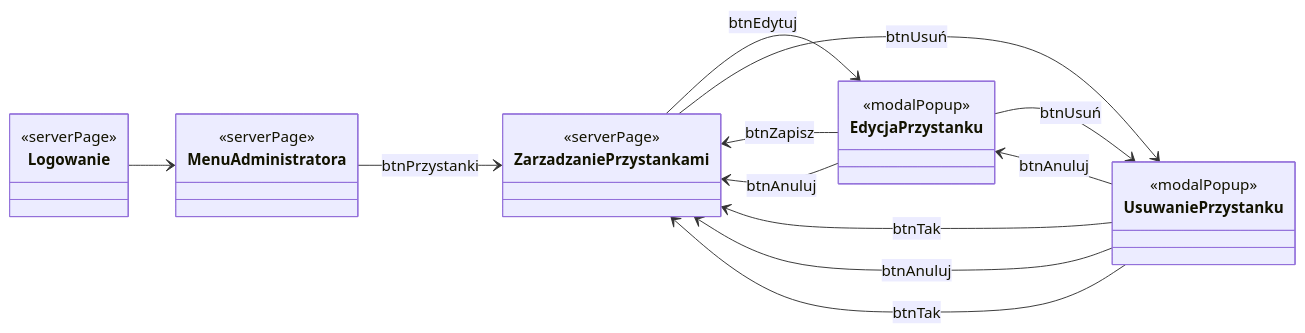
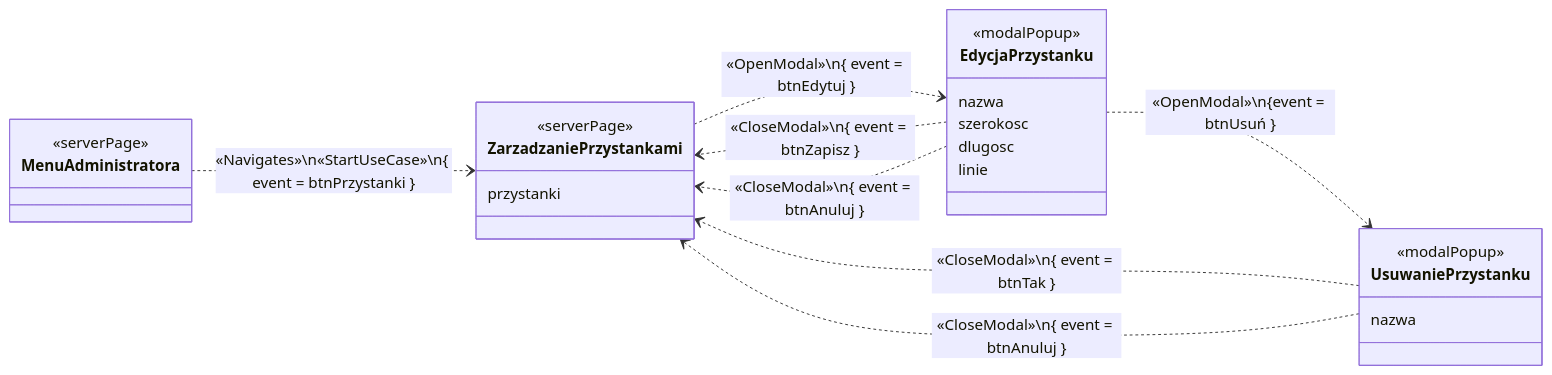
Before and after one commit to PWR-ACS-SE-24/SoftwareSystemDesign: diagram 14 of 15 in documentation/course/E1.md, drawn with Mermaid. The commit also changed other lines of this file, not shown here.

Commit message:
Update mermaid navigatonal maps

````diff
--- a/documentation/course/E1.md
+++ b/documentation/course/E1.md
@@ -1041,23 +1043,29 @@
 ```mermaid
 classDiagram
     direction LR
-    class Logowanie { <<serverPage>> }
-    class MenuAdministratora { <<serverPage>> }
-    class ZarzadzaniePrzystankami { <<serverPage>> }
-    class EdycjaPrzystanku { <<modalPopup>> }
-    class UsuwaniePrzystanku { <<modalPopup>> }
+    class MenuAdministratora {<<serverPage>> }
+    class ZarzadzaniePrzystankami {
+        <<serverPage>>
+        przystanki
+    }
+    class EdycjaPrzystanku {
+        <<modalPopup>>
+        nazwa
+        szerokosc
+        dlugosc
+        linie
+    }
+    class UsuwaniePrzystanku {
+        <<modalPopup>>
+        nazwa
+    }
 
-    Logowanie --> MenuAdministratora
-    MenuAdministratora --> ZarzadzaniePrzystankami : btnPrzystanki
-    ZarzadzaniePrzystankami --> EdycjaPrzystanku : btnEdytuj
-    EdycjaPrzystanku --> ZarzadzaniePrzystankami : btnZapisz
-    EdycjaPrzystanku --> ZarzadzaniePrzystankami : btnAnuluj
+    MenuAdministratora ..> ZarzadzaniePrzystankami: «Navigates»\n«StartUseCase»\n{ event = btnPrzystanki }
+    ZarzadzaniePrzystankami ..> EdycjaPrzystanku: «OpenModal»\n{ event = btnEdytuj }
+    EdycjaPrzystanku ..> ZarzadzaniePrzystankami: «CloseModal»\n{ event = btnZapisz }
+    EdycjaPrzystanku ..> ZarzadzaniePrzystankami: «CloseModal»\n{ event = btnAnuluj }
 
-    ZarzadzaniePrzystankami --> UsuwaniePrzystanku : btnUsuń
-    UsuwaniePrzystanku --> ZarzadzaniePrzystankami : btnTak
-    UsuwaniePrzystanku --> ZarzadzaniePrzystankami : btnAnuluj
-
-    EdycjaPrzystanku --> UsuwaniePrzystanku : btnUsuń
-    UsuwaniePrzystanku --> EdycjaPrzystanku : btnAnuluj
-    UsuwaniePrzystanku --> ZarzadzaniePrzystankami : btnTak
+    EdycjaPrzystanku ..> UsuwaniePrzystanku: «OpenModal»\n{event = btnUsuń }
+    UsuwaniePrzystanku ..> ZarzadzaniePrzystankami: «CloseModal»\n{ event = btnTak }
+    UsuwaniePrzystanku ..> ZarzadzaniePrzystankami: «CloseModal»\n{ event = btnAnuluj }
 ```
````
